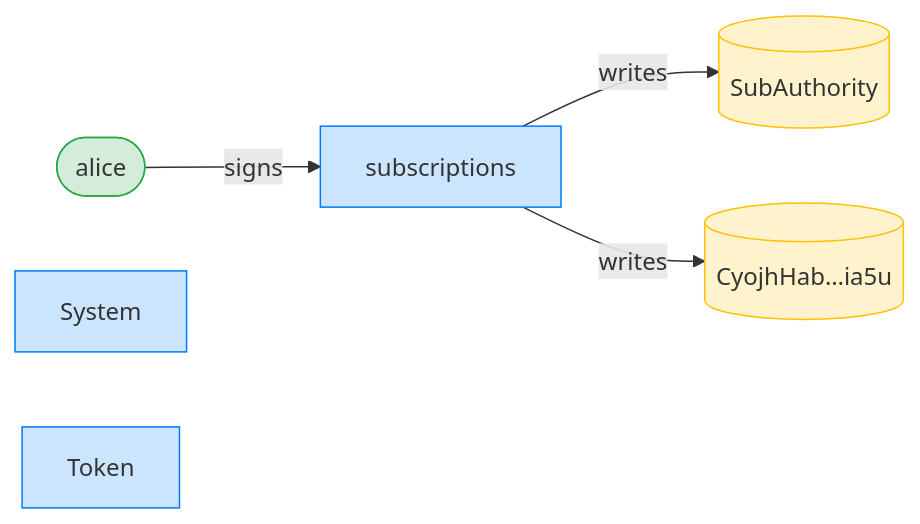
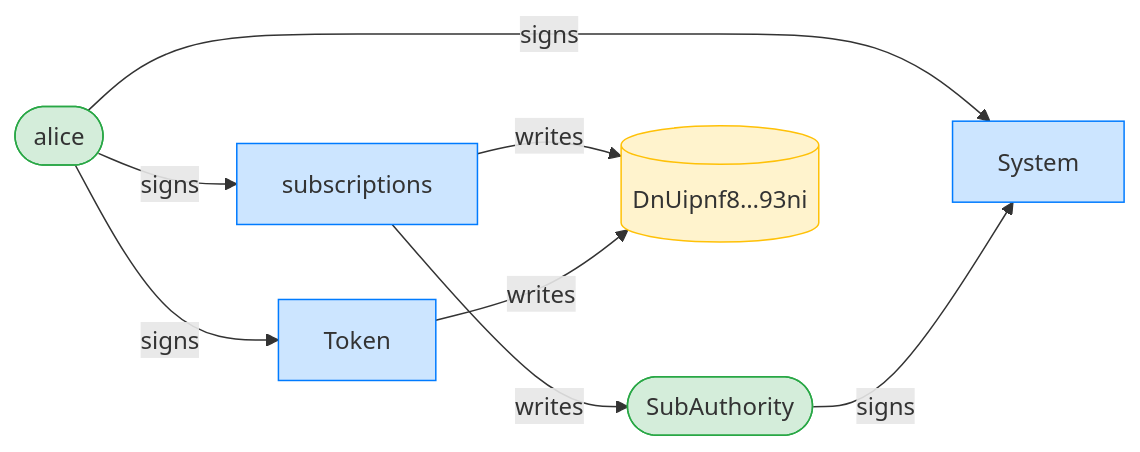
One commit to cds-rs/subscriptions changed the third of 8 diagrams in dsl_tests/a-sponsor-cannot-revoke-a-no-expiry-delegation.md. Above: the diagram before and after it, drawn with Mermaid. The commit also changed other lines of this file and 224 other files, not shown here.

````diff
--- a/dsl_tests/a-sponsor-cannot-revoke-a-no-expiry-delegation.md
+++ b/dsl_tests/a-sponsor-cannot-revoke-a-no-expiry-delegation.md
@@ -53,15 +54,19 @@
 ```mermaid
 flowchart LR
     classDef signer fill:#d4edda,stroke:#28a745;
     classDef program fill:#cce5ff,stroke:#007bff;
     classDef writable fill:#fff3cd,stroke:#ffc107;
     subscriptions[subscriptions]:::program
     alice([alice]):::signer
-    SubAuthority[(SubAuthority)]:::writable
-    CyojhHab_ia5u[("CyojhHab…ia5u")]:::writable
+    SubAuthority([SubAuthority]):::signer
+    DnUipnf8_93ni[("DnUipnf8…93ni")]:::writable
     System[System]:::program
     Token[Token]:::program
     alice -->|signs| subscriptions
+    alice -->|signs| System
+    SubAuthority -->|signs| System
+    alice -->|signs| Token
     subscriptions -->|writes| SubAuthority
-    subscriptions -->|writes| CyojhHab_ia5u
+    subscriptions -->|writes| DnUipnf8_93ni
+    Token -->|writes| DnUipnf8_93ni
 ```
````
